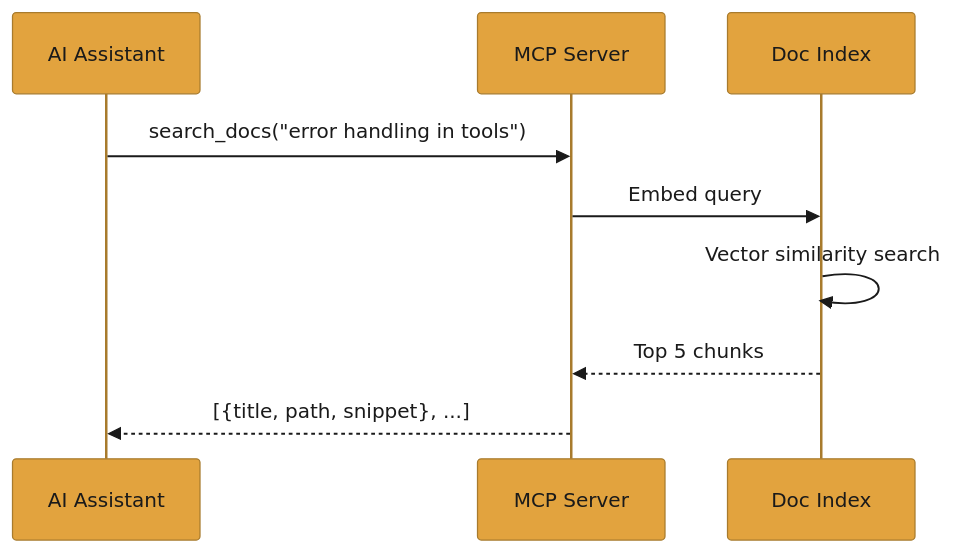
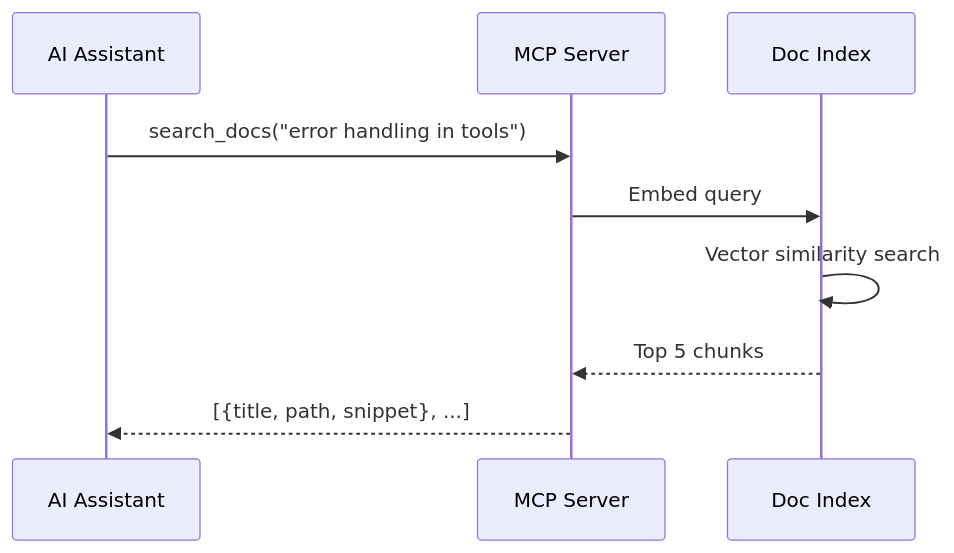
The third of 3 diagrams in docs/plans/mcp-docs.mdx (amd/gaia), drawn with Mermaid before and after one commit. The commit also changed other lines of this file and 20 other files, not shown here.

First line of the commit message:
docs: audit pass 4 — playbooks + roadmap/releases (dark-mode diagrams, links)

````diff
--- a/docs/plans/mcp-docs.mdx
+++ b/docs/plans/mcp-docs.mdx
@@ -324,13 +323,12 @@
 ```mermaid
-%%{init: {'theme':'base', 'themeVariables': { 'primaryColor':'#E2A33E', 'primaryTextColor':'#1a1a1a', 'primaryBorderColor':'#A87B2D', 'lineColor':'#EFC480', 'secondaryColor':'#2d2d2d', 'tertiaryColor':'#f5f5f5', 'fontSize':'16px', 'fontFamily': 'system-ui, -apple-system, sans-serif'}}}%%
 sequenceDiagram
     participant AI as AI Assistant
     participant MCP as MCP Server
     participant Idx as Doc Index
 
     AI->>MCP: search_docs("error handling in tools")
     MCP->>Idx: Embed query
     Idx->>Idx: Vector similarity search
     Idx-->>MCP: Top 5 chunks
     MCP-->>AI: [{title, path, snippet}, ...]
 ```
````
